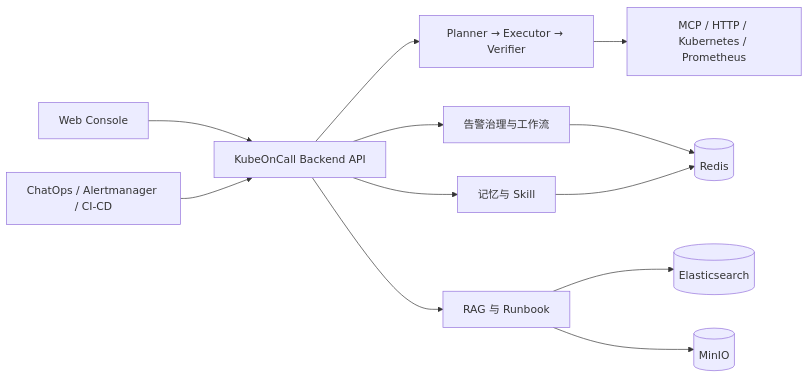
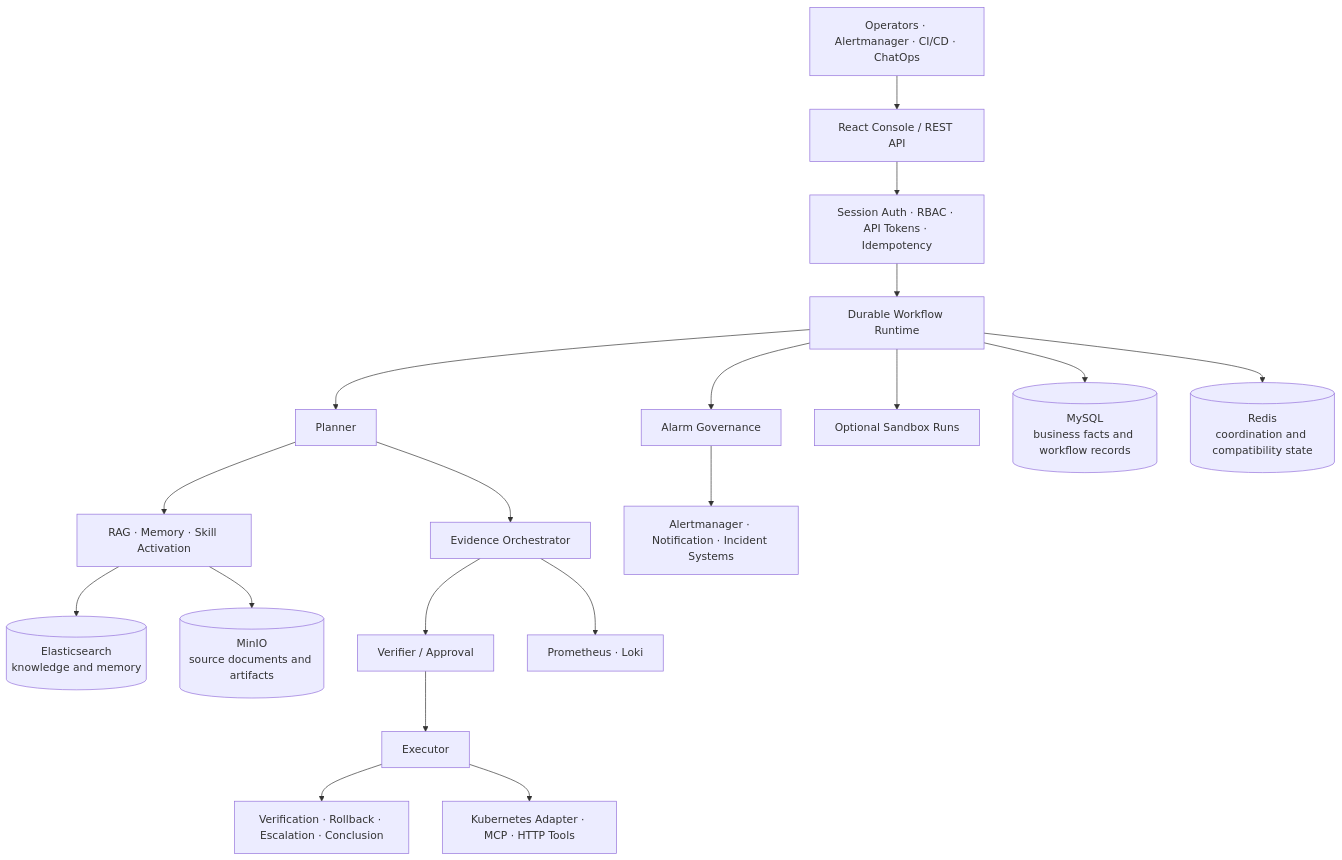
Before and after one commit to oxygen914/kubeoncall: the diagram in README.md, drawn with Mermaid. The commit also changed other lines of this file and 1 other file, not shown here.

````diff
--- a/README.md
+++ b/README.md
@@ -32,14 +50,25 @@
 ```mermaid
-flowchart LR
-    C["Web Console"] --> API["KubeOnCall Backend API"]
-    W["ChatOps / Alertmanager / CI-CD"] --> API
-    API --> Agent["Planner → Executor → Verifier"]
-    API --> Alarm["告警治理与工作流"]
-    API --> RAG["RAG 与 Runbook"]
-    API --> Memory["记忆与 Skill"]
-    Agent --> Tools["MCP / HTTP / Kubernetes / Prometheus"]
-    Alarm --> Redis[("Redis")]
-    Memory --> Redis
-    RAG --> ES[("Elasticsearch")]
-    RAG --> MinIO[("MinIO")]
+flowchart TB
+    Sources["Operators · Alertmanager · CI/CD · ChatOps"] --> Edge["React Console / REST API"]
+    Edge --> Identity["Session Auth · RBAC · API Tokens · Idempotency"]
+    Identity --> Runtime["Durable Workflow Runtime"]
+
+    Runtime --> Planner["Planner"]
+    Planner --> Context["RAG · Memory · Skill Activation"]
+    Planner --> Evidence["Evidence Orchestrator"]
+    Evidence --> Verifier["Verifier / Approval"]
+    Verifier --> Executor["Executor"]
+    Executor --> Closure["Verification · Rollback · Escalation · Conclusion"]
+
+    Runtime --> Alarm["Alarm Governance"]
+    Runtime --> Sandbox["Optional Sandbox Runs"]
+
+    Runtime --> MySQL[("MySQL\nbusiness facts and workflow records")]
+    Runtime --> Redis[("Redis\ncoordination and compatibility state")]
+    Context --> Elasticsearch[("Elasticsearch\nknowledge and memory")]
+    Context --> MinIO[("MinIO\nsource documents and artifacts")]
+
+    Evidence --> Observability["Prometheus · Loki"]
+    Executor --> Tools["Kubernetes Adapter · MCP · HTTP Tools"]
+    Alarm --> Webhooks["Alertmanager · Notification · Incident Systems"]
 ```
````
